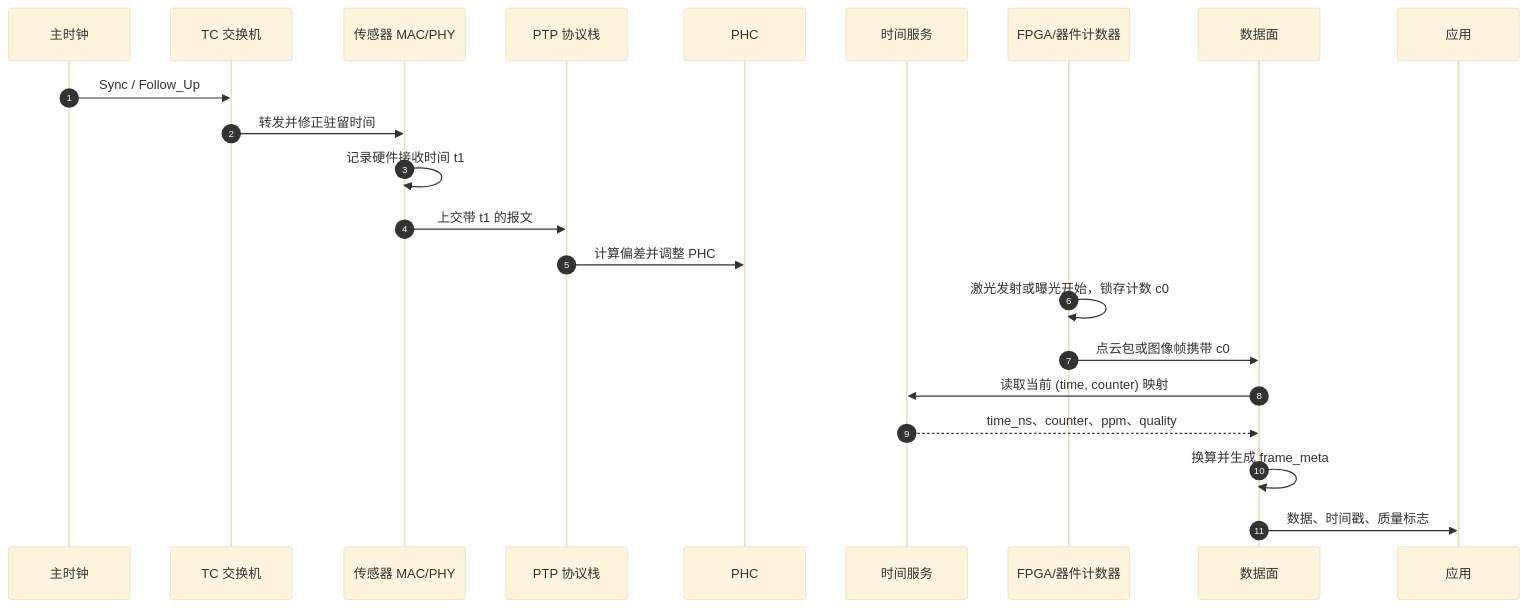
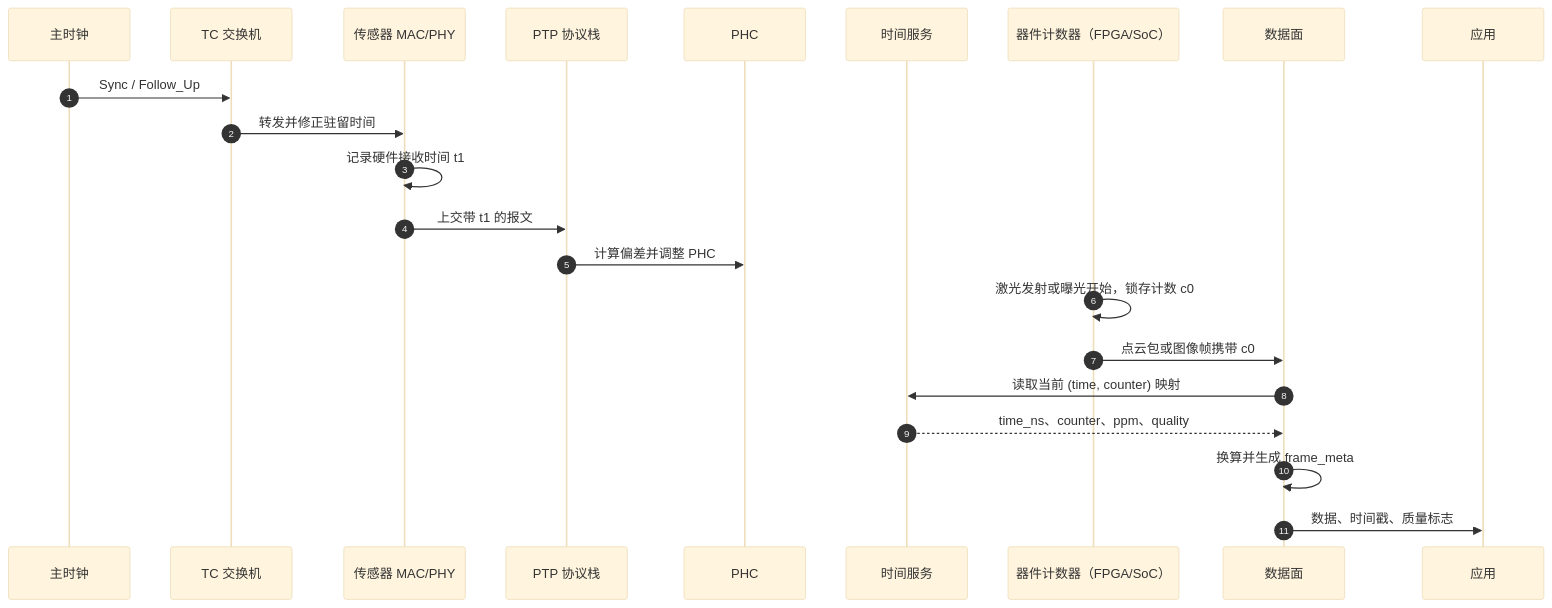
Before and after one commit to DeguiLiu/tech-notes: the third of 5 diagrams in content/posts/architecture/ptp_network_module_design.md, drawn with Mermaid (base theme). The commit also changed other lines of this file and 2 other files, not shown here.

````diff
--- a/content/posts/architecture/ptp_network_module_design.md
+++ b/content/posts/architecture/ptp_network_module_design.md
@@ -356,25 +356,25 @@
 ```mermaid
 sequenceDiagram
     autonumber
     participant M as 主时钟
     participant SW as TC 交换机
     participant N as 传感器 MAC/PHY
     participant P as PTP 协议栈
     participant PH as PHC
     participant TS as 时间服务
-    participant F as FPGA/器件计数器
+    participant F as 器件计数器（FPGA/SoC）
     participant D as 数据面
     participant A as 应用
 
     M->>SW: Sync / Follow_Up
     SW->>N: 转发并修正驻留时间
     N->>N: 记录硬件接收时间 t1
     N->>P: 上交带 t1 的报文
     P->>PH: 计算偏差并调整 PHC
     F->>F: 激光发射或曝光开始，锁存计数 c0
     F->>D: 点云包或图像帧携带 c0
     D->>TS: 读取当前 (time, counter) 映射
     TS-->>D: time_ns、counter、ppm、quality
     D->>D: 换算并生成 frame_meta
     D->>A: 数据、时间戳、质量标志
 ```
````
